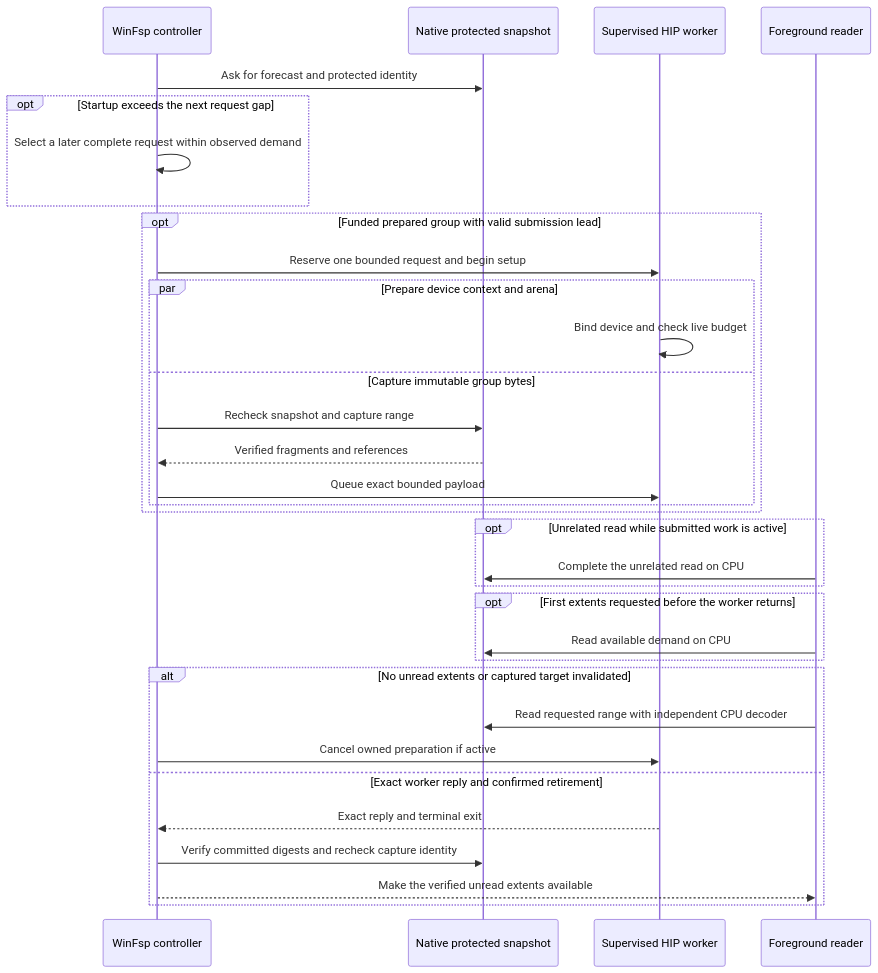
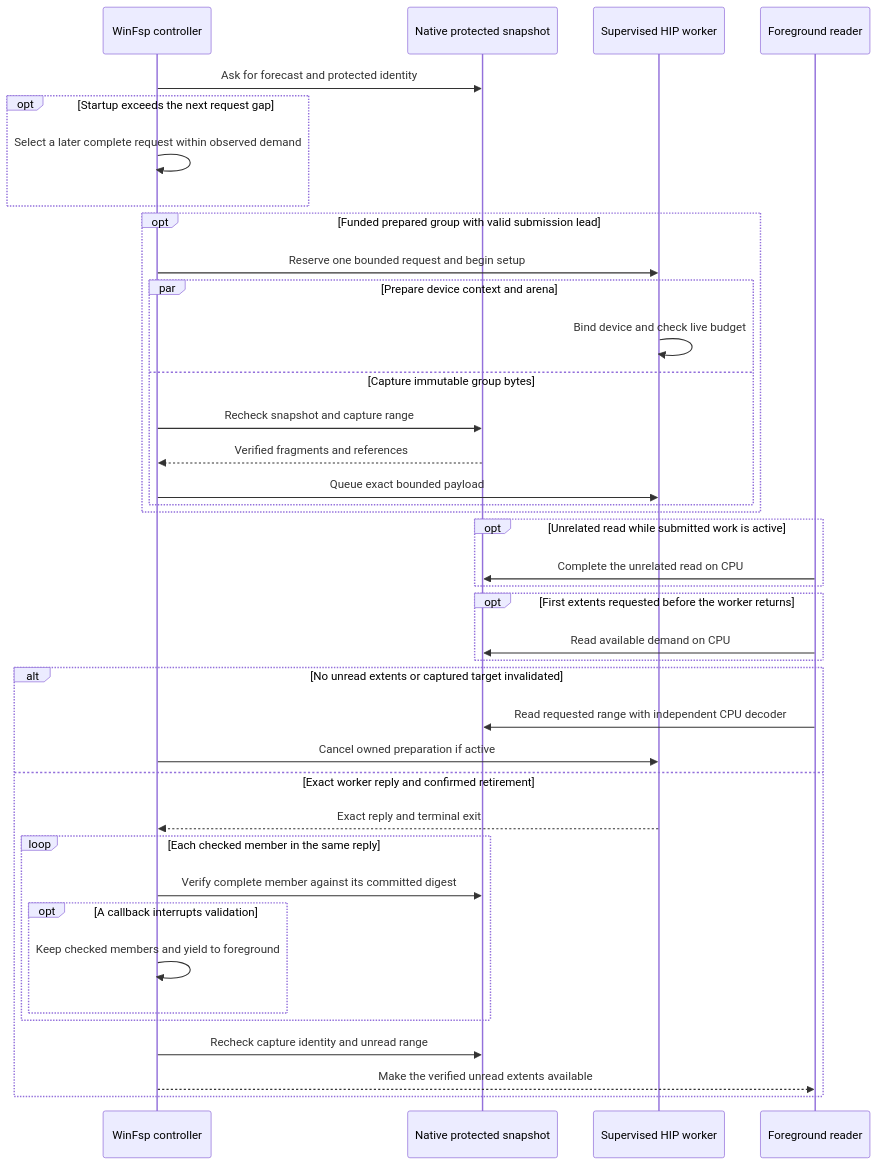
Diagram 17 of 20 in docs/architecture/CURRENT.md (strmt7/FlitzFS), drawn with Mermaid before and after one commit. The commit also changed other lines of this file and 15 other files, not shown here.

````diff
--- a/docs/architecture/CURRENT.md
+++ b/docs/architecture/CURRENT.md
@@ -687,35 +687,41 @@
 ```mermaid
 sequenceDiagram
     participant C as WinFsp controller
     participant S as Native protected snapshot
     participant W as Supervised HIP worker
     participant R as Foreground reader
     C->>S: Ask for forecast and protected identity
     opt Startup exceeds the next request gap
         C->>C: Select a later complete request within observed demand
     end
     opt Funded prepared group with valid submission lead
         C->>W: Reserve one bounded request and begin setup
         par Prepare device context and arena
             W->>W: Bind device and check live budget
         and Capture immutable group bytes
             C->>S: Recheck snapshot and capture range
             S-->>C: Verified fragments and references
             C->>W: Queue exact bounded payload
         end
     end
     opt Unrelated read while submitted work is active
         R->>S: Complete the unrelated read on CPU
     end
     opt First extents requested before the worker returns
         R->>S: Read available demand on CPU
     end
     alt No unread extents or captured target invalidated
         R->>S: Read requested range with independent CPU decoder
         C->>W: Cancel owned preparation if active
     else Exact worker reply and confirmed retirement
         W-->>C: Exact reply and terminal exit
-        C->>S: Verify committed digests and recheck capture identity
+        loop Each checked member in the same reply
+            C->>S: Verify complete member against its committed digest
+            opt A callback interrupts validation
+                C->>C: Keep checked members and yield to foreground
+            end
+        end
+        C->>S: Recheck capture identity and unread range
         C-->>R: Make the verified unread extents available
     end
 ```
````
